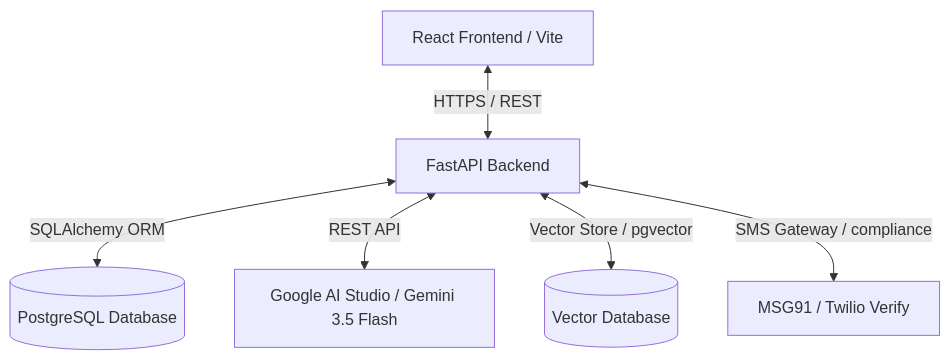
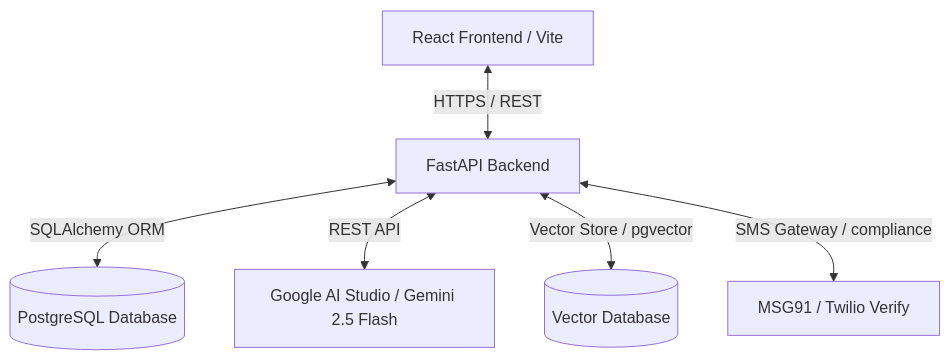
One commit to Nipunchugh10/AI-Legal-Document-Intelligence-Platform changed the first of 3 diagrams in ARCHITECTURE.md. Above: the diagram before and after it, drawn with Mermaid. The commit also changed other lines of this file and 30 other files, not shown here.

````diff
--- a/ARCHITECTURE.md
+++ b/ARCHITECTURE.md
@@ -11,8 +11,8 @@
 ```mermaid
 graph TD
     Client[React Frontend / Vite] <-->|HTTPS / REST| API[FastAPI Backend]
     API <-->|SQLAlchemy ORM| DB[(PostgreSQL Database)]
-    API <-->|REST API| Gemini[Google AI Studio / Gemini 3.5 Flash]
+    API <-->|REST API| Gemini[Google AI Studio / Gemini 2.5 Flash]
     API <-->|Vector Store / pgvector| Vector[(Vector Database)]
     API <-->|SMS Gateway / compliance| SMS[MSG91 / Twilio Verify]
 ```
````
